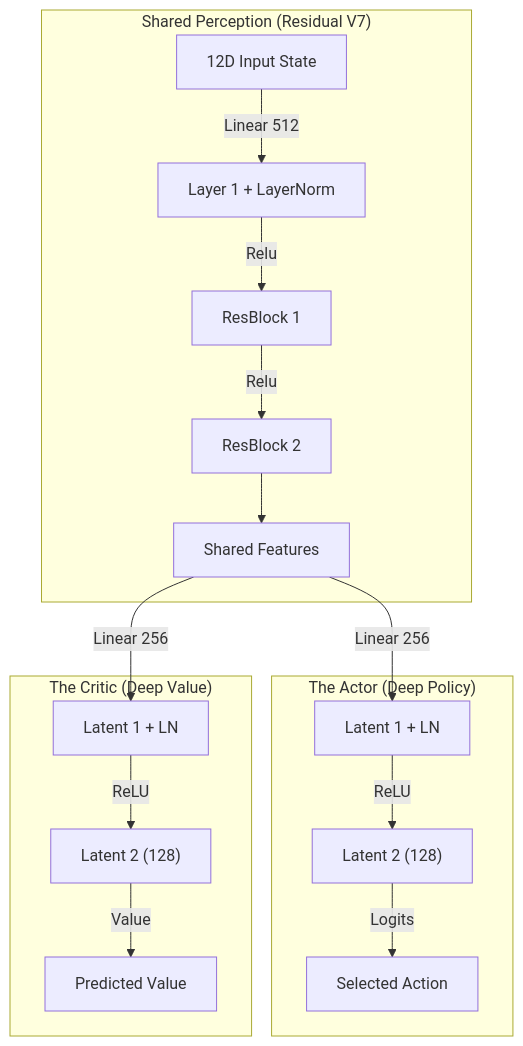
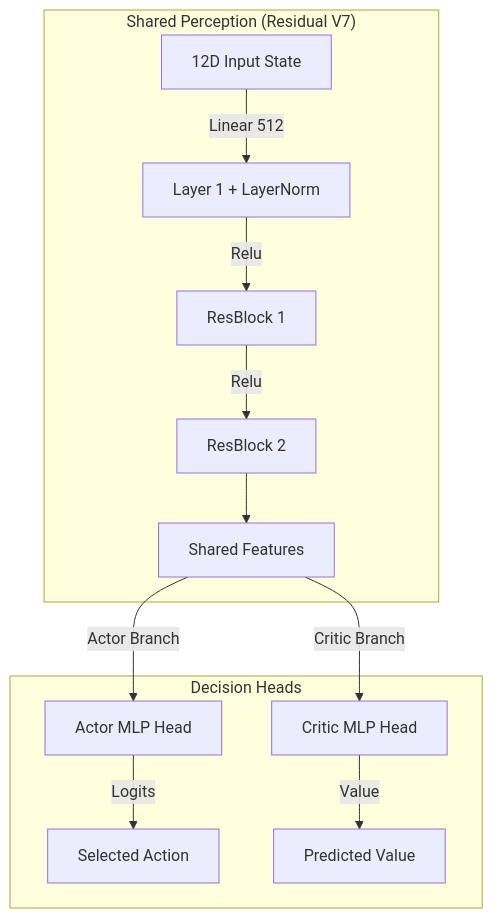
The fifth of 6 diagrams in README.md (didi-09/AI_DRIVEN_SOAR), drawn with Mermaid before and after one commit. The commit also changed other lines of this file, not shown here.

Commit message:
Refactor diagrams and descriptions in README.md

````diff
--- a/README.md
+++ b/README.md
@@ -205,23 +205,18 @@
 ```mermaid
 graph TD
     State["12D Input State"]
 
     subgraph "Shared Perception (Residual V7)"
-        State -->|Linear 512| L1["Layer 1 + LayerNorm"]
-        L1 -->|Relu| R1["ResBlock 1"]
-        R1 -->|Relu| R2["ResBlock 2"]
+        State -->|"Linear 512"| L1["Layer 1 + LayerNorm"]
+        L1 -->|"Relu"| R1["ResBlock 1"]
+        R1 -->|"Relu"| R2["ResBlock 2"]
         R2 --> SharedOut["Shared Features"]
     end
 
-    subgraph "The Actor (Deep Policy)"
-        SharedOut -->|Linear 256| LA1["Latent 1 + LN"]
-        LA1 -->|ReLU| LA2["Latent 2 (128)"]
-        LA2 -->|Logits| Action["Selected Action"]
-    end
-
-    subgraph "The Critic (Deep Value)"
-        SharedOut -->|Linear 256| LC1["Latent 1 + LN"]
-        LC1 -->|ReLU| LC2["Latent 2 (128)"]
-        LC2 -->|Value| Value["Predicted Value"]
+    subgraph "Decision Heads"
+        SharedOut -->|"Actor Branch"| ActorHead["Actor MLP Head"]
+        SharedOut -->|"Critic Branch"| CriticHead["Critic MLP Head"]
+        ActorHead -->|"Logits"| Action["Selected Action"]
+        CriticHead -->|"Value"| Value["Predicted Value"]
     end
 ```
````
